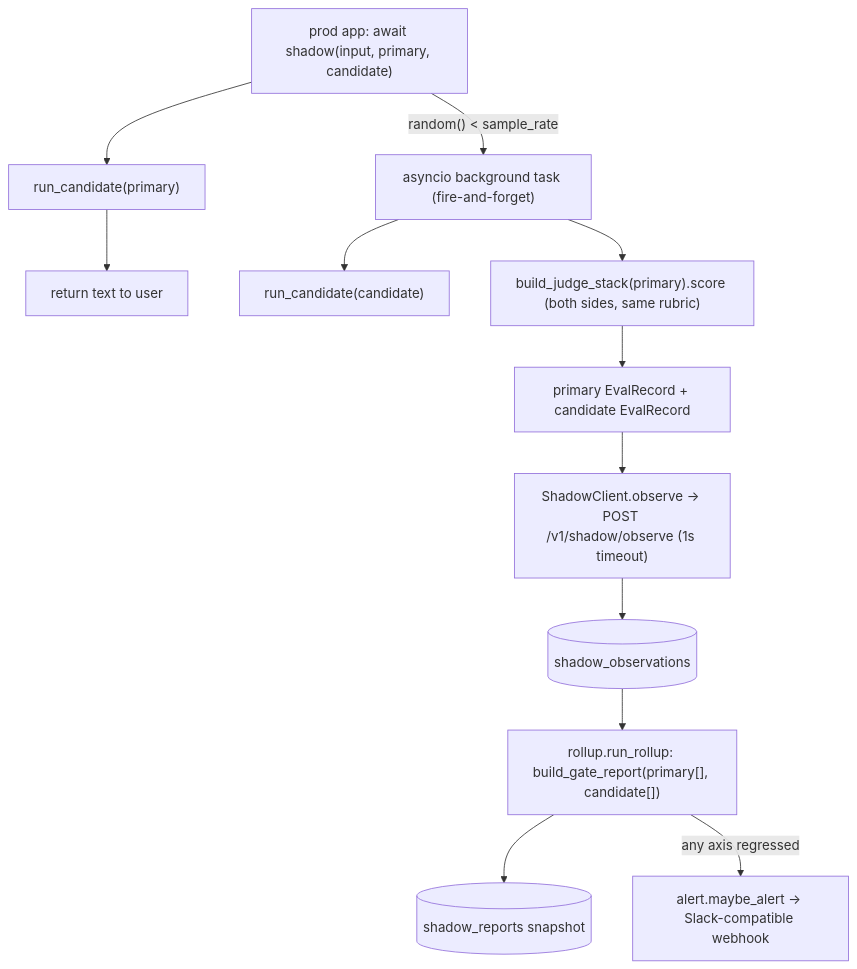
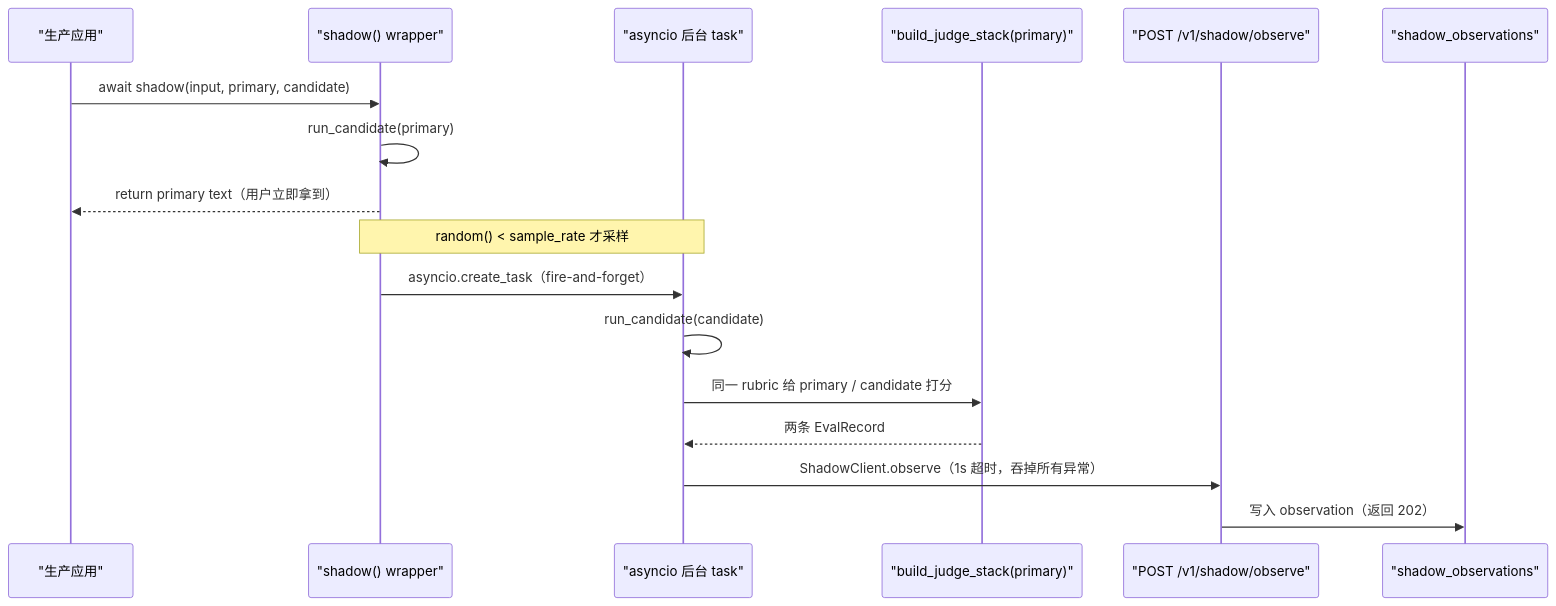
The first of 2 diagrams in docs/PHASE_13_PLAN.md (AndyUneducated/eval-gate), drawn with Mermaid before and after one commit. The commit also changed other lines of this file and 16 other files, not shown here.

First line of the commit message:
docs: add diagrams and tech-selection rationale to README and phase plans

````diff
--- a/docs/PHASE_13_PLAN.md
+++ b/docs/PHASE_13_PLAN.md
@@ -15,14 +20,20 @@
 ```mermaid
-flowchart TD
-  App["prod app: await shadow(input, primary, candidate)"] --> Prim["run_candidate(primary)"]
-  Prim --> User["return text to user"]
-  App -->|"random() < sample_rate"| BG["asyncio background task (fire-and-forget)"]
-  BG --> Cand["run_candidate(candidate)"]
-  BG --> Judge["build_judge_stack(primary).score (both sides, same rubric)"]
-  Judge --> Recs["primary EvalRecord + candidate EvalRecord"]
-  Recs --> Post["ShadowClient.observe -> POST /v1/shadow/observe (1s timeout)"]
-  Post --> Obs[("shadow_observations")]
-  Obs --> Rollup["rollup.run_rollup: build_gate_report(primary[], candidate[])"]
-  Rollup --> Rep[("shadow_reports snapshot")]
-  Rollup -->|"any axis regressed"| Alert["alert.maybe_alert -> Slack-compatible webhook"]
+sequenceDiagram
+  participant App as "生产应用"
+  participant SH as "shadow() wrapper"
+  participant BG as "asyncio 后台 task"
+  participant J as "build_judge_stack(primary)"
+  participant API as "POST /v1/shadow/observe"
+  participant DB as "shadow_observations"
+
+  App->>SH: await shadow(input, primary, candidate)
+  SH->>SH: run_candidate(primary)
+  SH-->>App: return primary text（用户立即拿到）
+  Note over SH,BG: random() < sample_rate 才采样
+  SH->>BG: asyncio.create_task（fire-and-forget）
+  BG->>BG: run_candidate(candidate)
+  BG->>J: 同一 rubric 给 primary / candidate 打分
+  J-->>BG: 两条 EvalRecord
+  BG->>API: ShadowClient.observe（1s 超时，吞掉所有异常）
+  API->>DB: 写入 observation（返回 202）
 ```
````
